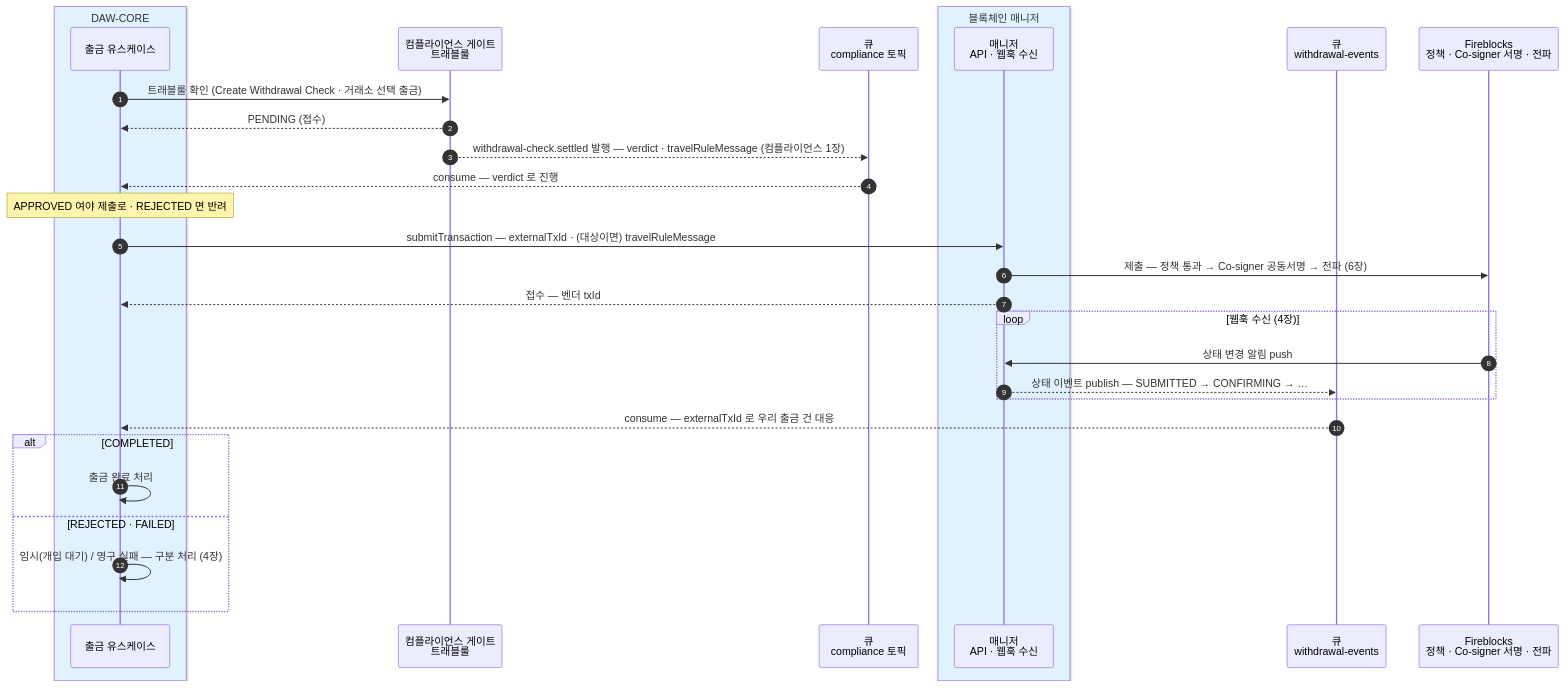
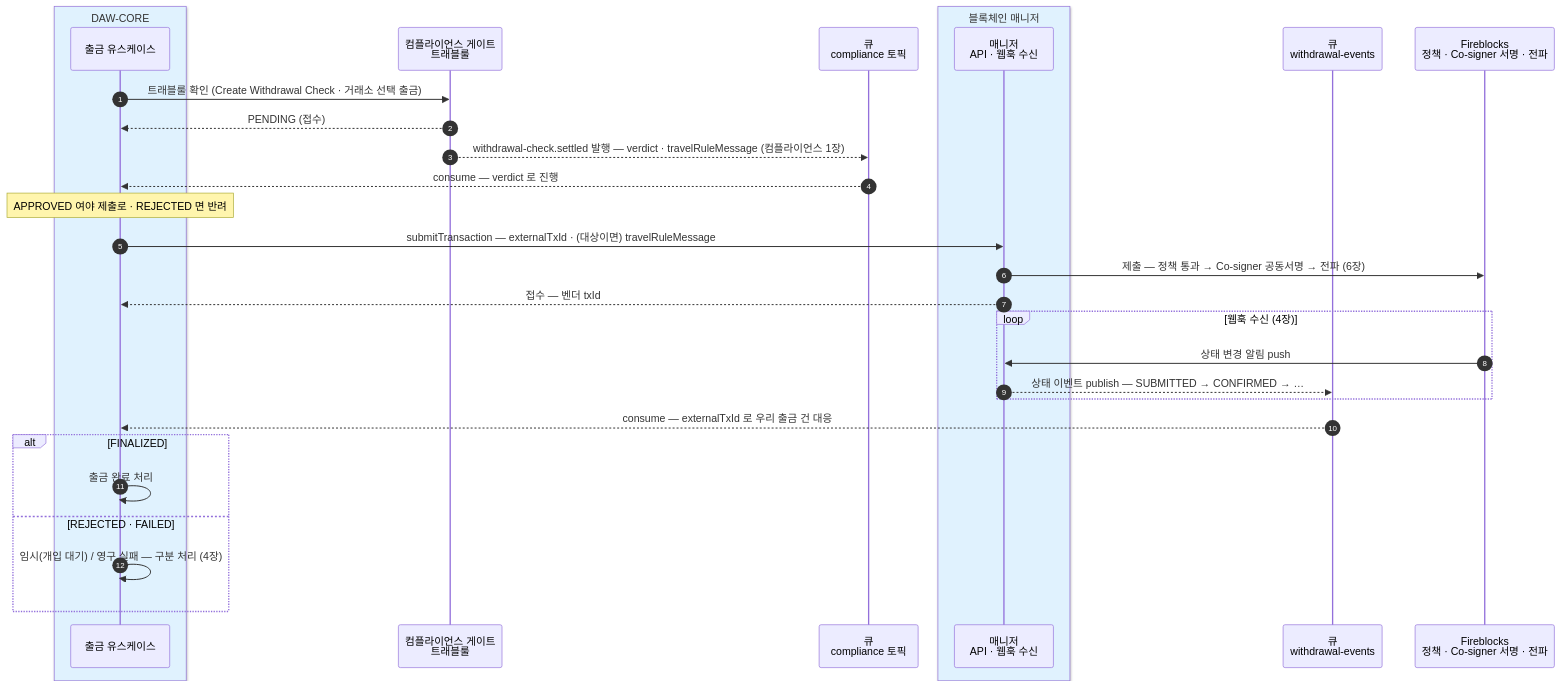
The first of 2 diagrams in blockchain-manager/docs/블록체인매니저/설계/16-interface.md (eunsujeo/eunpus), drawn with Mermaid before and after one commit. The commit also changed other lines of this file and 17 other files, not shown here.

First line of the commit message:
TxStatus 계약 어휘 개명 — CONFIRMING→CONFIRMED, COMPLETED→FINALIZED

````diff
--- a/blockchain-manager/docs/블록체인매니저/설계/16-interface.md
+++ b/blockchain-manager/docs/블록체인매니저/설계/16-interface.md
@@ -65,33 +65,33 @@
 ```mermaid
 sequenceDiagram
     autonumber
     box rgb(224,242,254) DAW-CORE
     participant BE as 출금 유스케이스
     end
     participant CP as 컴플라이언스 게이트<br/>트래블룰
     participant MQC as 큐<br/>compliance 토픽
     box rgb(224,242,254) 블록체인 매니저
     participant BM as 매니저<br/>API · 웹훅 수신
     end
     participant MQ as 큐<br/>withdrawal-events
     participant FB as Fireblocks<br/>정책 · Co-signer 서명 · 전파
 
     BE->>CP: 트래블룰 확인 (Create Withdrawal Check · 거래소 선택 출금)
     CP-->>BE: PENDING (접수)
     CP-->>MQC: withdrawal-check.settled 발행 — verdict · travelRuleMessage (컴플라이언스 1장)
     MQC-->>BE: consume — verdict 로 진행
     Note over BE: APPROVED 여야 제출로 · REJECTED 면 반려
     BE->>BM: submitTransaction — externalTxId · (대상이면) travelRuleMessage
     BM->>FB: 제출 — 정책 통과 → Co-signer 공동서명 → 전파 (6장)
     BM-->>BE: 접수 — 벤더 txId
     loop 웹훅 수신 (4장)
         FB->>BM: 상태 변경 알림 push
-        BM-->>MQ: 상태 이벤트 publish — SUBMITTED → CONFIRMING → …
+        BM-->>MQ: 상태 이벤트 publish — SUBMITTED → CONFIRMED → …
     end
     MQ-->>BE: consume — externalTxId 로 우리 출금 건 대응
-    alt COMPLETED
+    alt FINALIZED
         BE->>BE: 출금 완료 처리
     else REJECTED · FAILED
         BE->>BE: 임시(개입 대기) / 영구 실패 — 구분 처리 (4장)
     end
 ```
````
